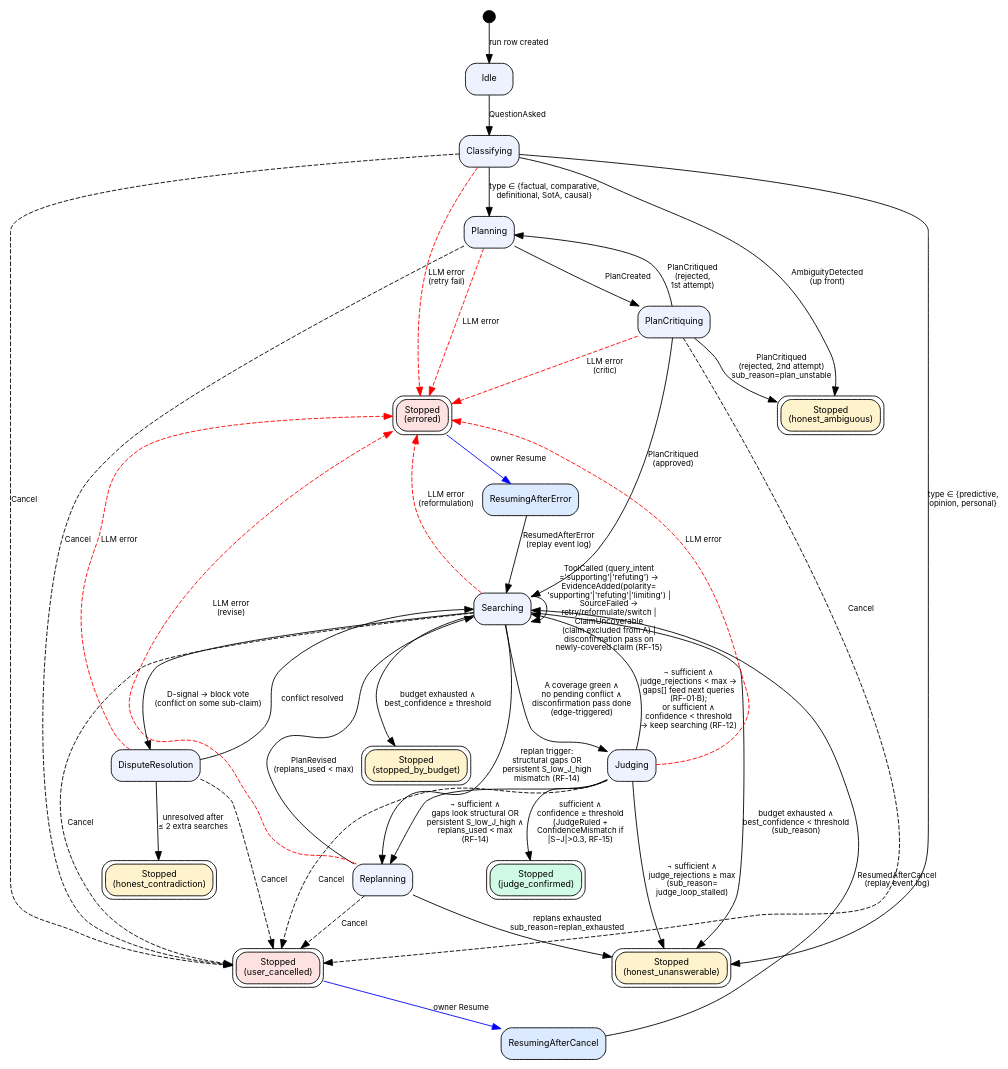
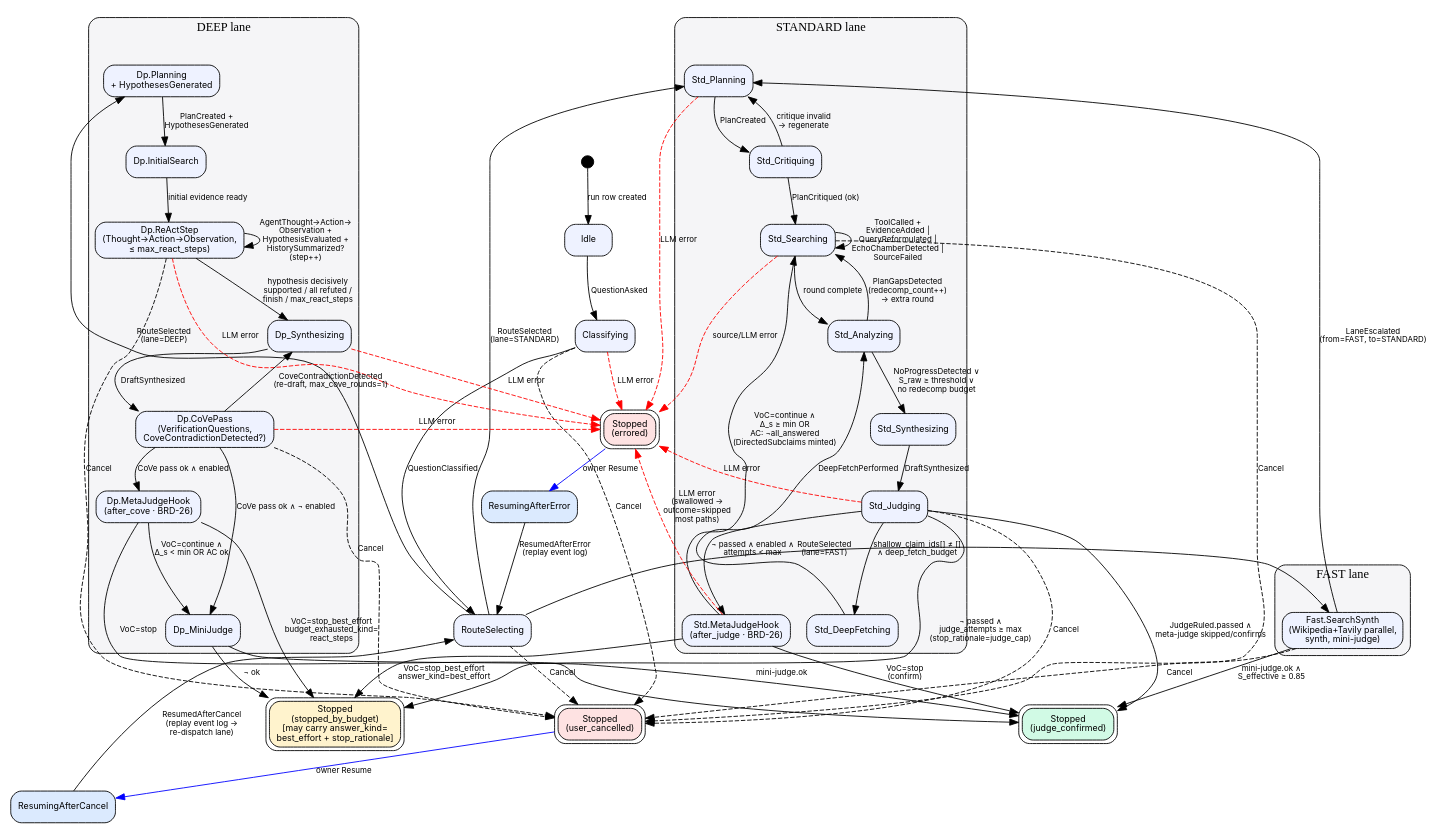
One commit to hgmancholam/novum changed the second of 11 diagrams in docs/understanding-phase/data-flows-and-diagrams.md. Above: the diagram before and after it, drawn with Graphviz. The commit also changed other lines of this file and 15 other files, not shown here.

````diff
--- a/docs/understanding-phase/data-flows-and-diagrams.md
+++ b/docs/understanding-phase/data-flows-and-diagrams.md
@@ -195,28 +220,50 @@
 ```dot
 digraph AgentFSM {
-  rankdir=TB;
+  rankdir=TB; compound=true;
   node [shape=box, style="rounded,filled", fillcolor="#eef2ff", fontname="Inter", fontsize=10];
   edge [fontname="Inter", fontsize=9];
 
   start [shape=circle, label="", width=0.2, style=filled, fillcolor=black];
   Idle;
   Classifying;
-  Planning;
-  PlanCritiquing;
-  Replanning;
-  Searching;
-  DisputeResolution;
-  Judging;
+  RouteSelecting;
 
+  // ---- FAST lane ----
+  subgraph cluster_fast {
+    label="FAST lane"; style="rounded,filled"; fillcolor="#F5F5F7";
+    FastSearchSynth [label="Fast.SearchSynth\n(Wikipedia+Tavily parallel,\nsynth, mini-judge)"];
+  }
+
+  // ---- STANDARD lane ----
+  subgraph cluster_std {
+    label="STANDARD lane"; style="rounded,filled"; fillcolor="#F5F5F7";
+    Std_Planning;
+    Std_Critiquing;
+    Std_Searching;
+    Std_Analyzing;
+    Std_DeepFetching;
+    Std_Synthesizing;
+    Std_Judging;
+    Std_MetaJudge [label="Std.MetaJudgeHook\n(after_judge · BRD-26)"];
+  }
+
+  // ---- DEEP lane ----
+  subgraph cluster_deep {
+    label="DEEP lane"; style="rounded,filled"; fillcolor="#F5F5F7";
+    Dp_Planning [label="Dp.Planning\n+ HypothesesGenerated"];
+    Dp_InitSearch [label="Dp.InitialSearch"];
+    Dp_ReAct [label="Dp.ReActStep\n(Thought→Action→Observation,\n≤ max_react_steps)"];
+    Dp_Synthesizing;
+    Dp_CoVe [label="Dp.CoVePass\n(VerificationQuestions,\nCoveContradictionDetected?)"];
+    Dp_MetaJudge [label="Dp.MetaJudgeHook\n(after_cove · BRD-26)"];
+    Dp_MiniJudge;
+  }
+
+  // ---- Terminals (4 enum values only) ----
   node [peripheries=2, fillcolor="#d1fae5"];
   StoppedJudgeConfirmed [label="Stopped\n(judge_confirmed)"];
-
   node [fillcolor="#fff3cd"];
-  StoppedHonestUnanswerable [label="Stopped\n(honest_unanswerable)"];
-  StoppedHonestAmbiguous    [label="Stopped\n(honest_ambiguous)"];
-  StoppedHonestContradiction[label="Stopped\n(honest_contradiction)"];
-  StoppedByBudget           [label="Stopped\n(stopped_by_budget)"];
-
+  StoppedByBudget [label="Stopped\n(stopped_by_budget)\n[may carry answer_kind=\nbest_effort + stop_rationale]"];
   node [fillcolor="#fee2e2"];
   StoppedUserCancelled [label="Stopped\n(user_cancelled)"];
   StoppedErrored       [label="Stopped\n(errored)"];
@@ -226,57 +273,75 @@
   ResumingAfterError;
   node [fillcolor="#eef2ff"];
 
+  // ---- Entry ----
   start -> Idle [label="run row created"];
   Idle  -> Classifying [label="QuestionAsked"];
+  Classifying -> RouteSelecting [label="QuestionClassified"];
 
-  Classifying -> StoppedHonestUnanswerable [label="type ∈ {predictive,\nopinion, personal}"];
-  Classifying -> StoppedHonestAmbiguous    [label="AmbiguityDetected\n(up front)"];
-  Classifying -> Planning                  [label="type ∈ {factual, comparative,\ndefinitional, SotA, causal}"];
+  RouteSelecting -> FastSearchSynth [label="RouteSelected\n(lane=FAST)"];
+  RouteSelecting -> Std_Planning    [label="RouteSelected\n(lane=STANDARD)"];
+  RouteSelecting -> Dp_Planning     [label="RouteSelected\n(lane=DEEP)"];
 
-  Planning -> PlanCritiquing [label="PlanCreated"];
-  PlanCritiquing -> Searching [label="PlanCritiqued\n(approved)"];
-  PlanCritiquing -> Planning  [label="PlanCritiqued\n(rejected,\n1st attempt)"];
-  PlanCritiquing -> StoppedHonestAmbiguous [label="PlanCritiqued\n(rejected, 2nd attempt)\nsub_reason=plan_unstable"];
+  // ---- FAST flow ----
+  FastSearchSynth -> StoppedJudgeConfirmed [label="mini-judge.ok ∧\nS_effective ≥ 0.85"];
+  FastSearchSynth -> Std_Planning [label="LaneEscalated\n(from=FAST, to=STANDARD)"];
 
-  Searching -> Searching          [label="ToolCalled (query_intent\n='supporting'|'refuting') →\nEvidenceAdded(polarity=\n'supporting'|'refuting'|'limiting') |\nSourceFailed →\nretry/reformulate/switch |\nClaimUncoverable\n(claim excluded from A) |\ndisconfirmation pass on\nnewly-covered claim (RF-15)"];
-  Searching -> Replanning         [label="replan trigger:\nstructural gaps OR\npersistent S_low_J_high\nmismatch (RF-14)"];
-  Replanning -> Searching         [label="PlanRevised\n(replans_used < max)"];
-  Replanning -> StoppedHonestUnanswerable [label="replans exhausted\nsub_reason=replan_exhausted"];
-  Searching -> DisputeResolution  [label="D-signal → block vote\n(conflict on some sub-claim)"];
-  Searching -> Judging            [label="A coverage green ∧\nno pending conflict ∧\ndisconfirmation pass done\n(edge-triggered)"];
-  Searching -> StoppedByBudget    [label="budget exhausted ∧\nbest_confidence ≥ threshold"];
-  Searching -> StoppedHonestUnanswerable [label="budget exhausted ∧\nbest_confidence < threshold\n(sub_reason)"];
+  // ---- STANDARD flow ----
+  Std_Planning    -> Std_Critiquing  [label="PlanCreated"];
+  Std_Critiquing  -> Std_Planning    [label="critique invalid\n→ regenerate"];
+  Std_Critiquing  -> Std_Searching   [label="PlanCritiqued (ok)"];
+  Std_Searching   -> Std_Searching   [label="ToolCalled +\nEvidenceAdded |\nQueryReformulated |\nEchoChamberDetected |\nSourceFailed"];
+  Std_Searching   -> Std_Analyzing   [label="round complete"];
+  Std_Analyzing   -> Std_Searching   [label="PlanGapsDetected\n(redecomp_count++)\n→ extra round"];
+  Std_Analyzing   -> Std_Synthesizing[label="NoProgressDetected ∨\nS_raw ≥ threshold ∨\nno redecomp budget"];
+  Std_Synthesizing-> Std_Judging     [label="DraftSynthesized"];
+  Std_Judging     -> Std_DeepFetching[label="shallow_claim_ids[] ≠ []\n∧ deep_fetch_budget"];
+  Std_DeepFetching-> Std_Analyzing   [label="DeepFetchPerformed"];
+  Std_Judging     -> StoppedJudgeConfirmed [label="JudgeRuled.passed ∧\nmeta-judge skipped/confirms"];
+  Std_Judging     -> Std_MetaJudge   [label="¬ passed ∧ enabled ∧\nattempts < max"];
+  Std_MetaJudge   -> StoppedJudgeConfirmed [label="VoC=stop\n(confirm)"];
+  Std_MetaJudge   -> StoppedByBudget [label="VoC=stop_best_effort\nanswer_kind=best_effort"];
+  Std_MetaJudge   -> Std_Searching   [label="VoC=continue ∧\nΔ_s ≥ min OR\nAC: ¬all_answered\n(DirectedSubclaims minted)"];
+  Std_Judging     -> StoppedByBudget [label="¬ passed ∧\njudge_attempts ≥ max\n(stop_rationale=judge_cap)"];
 
-  DisputeResolution -> Searching                  [label="conflict resolved"];
-  DisputeResolution -> StoppedHonestContradiction [label="unresolved after\n≤ 2 extra searches"];
+  // ---- DEEP flow ----
+  Dp_Planning     -> Dp_InitSearch   [label="PlanCreated +\nHypothesesGenerated"];
+  Dp_InitSearch   -> Dp_ReAct        [label="initial evidence ready"];
+  Dp_ReAct        -> Dp_ReAct        [label="AgentThought→Action→\nObservation +\nHypothesisEvaluated +\nHistorySummarized?\n(step++)"];
+  Dp_ReAct        -> Dp_Synthesizing [label="hypothesis decisively\nsupported / all refuted /\nfinish / max_react_steps"];
+  Dp_Synthesizing -> Dp_CoVe         [label="DraftSynthesized"];
+  Dp_CoVe         -> Dp_Synthesizing [label="CoveContradictionDetected\n(re-draft, max_cove_rounds=1)"];
+  Dp_CoVe         -> Dp_MetaJudge    [label="CoVe pass ok ∧ enabled"];
+  Dp_CoVe         -> Dp_MiniJudge    [label="CoVe pass ok ∧ ¬ enabled"];
+  Dp_MetaJudge    -> StoppedJudgeConfirmed [label="VoC=stop"];
+  Dp_MetaJudge    -> StoppedByBudget [label="VoC=stop_best_effort\nbudget_exhausted_kind=\nreact_steps"];
+  Dp_MetaJudge    -> Dp_MiniJudge    [label="VoC=continue ∧\nΔ_s < min OR AC ok"];
+  Dp_MiniJudge    -> StoppedJudgeConfirmed [label="mini-judge.ok"];
+  Dp_MiniJudge    -> StoppedByBudget [label="¬ ok"];
 
-  Judging -> StoppedJudgeConfirmed [label="sufficient ∧\nconfidence ≥ threshold\n(JudgeRuled +\nConfidenceMismatch if\n|S−J|>0.3, RF-15)"];
-  Judging -> Replanning            [label="¬ sufficient ∧\ngaps look structural OR\npersistent S_low_J_high ∧\nreplans_used < max\n(RF-14)"];
-  Judging -> Searching             [label="¬ sufficient ∧\njudge_rejections < max →\ngaps[] feed next queries\n(RF-01·B);\nor sufficient ∧\nconfidence < threshold\n→ keep searching (RF-12)"];
-  Judging -> StoppedHonestUnanswerable [label="¬ sufficient ∧\njudge_rejections ≥ max\n(sub_reason=\njudge_loop_stalled)"];
+  // ---- Cancel from any active state ----
+  Classifying     -> StoppedUserCancelled [label="Cancel", style=dashed];
+  RouteSelecting  -> StoppedUserCancelled [label="Cancel", style=dashed];
+  FastSearchSynth -> StoppedUserCancelled [label="Cancel", style=dashed];
+  Std_Searching   -> StoppedUserCancelled [label="Cancel", style=dashed];
+  Std_Judging     -> StoppedUserCancelled [label="Cancel", style=dashed];
+  Dp_ReAct        -> StoppedUserCancelled [label="Cancel", style=dashed];
+  Dp_CoVe         -> StoppedUserCancelled [label="Cancel", style=dashed];
 
-  // Cancel from any active state
-  Classifying       -> StoppedUserCancelled [label="Cancel", style=dashed];
-  Planning          -> StoppedUserCancelled [label="Cancel", style=dashed];
-  PlanCritiquing    -> StoppedUserCancelled [label="Cancel", style=dashed];
-  Replanning        -> StoppedUserCancelled [label="Cancel", style=dashed];
-  Searching         -> StoppedUserCancelled [label="Cancel", style=dashed];
-  DisputeResolution -> StoppedUserCancelled [label="Cancel", style=dashed];
-  Judging           -> StoppedUserCancelled [label="Cancel", style=dashed];
+  // ---- Errored (LLM/source after tenacity retry) ----
+  Classifying     -> StoppedErrored [label="LLM error", style=dashed, color=red];
+  Std_Planning    -> StoppedErrored [label="LLM error", style=dashed, color=red];
+  Std_Searching   -> StoppedErrored [label="source/LLM error", style=dashed, color=red];
+  Std_Judging     -> StoppedErrored [label="LLM error", style=dashed, color=red];
+  Std_MetaJudge   -> StoppedErrored [label="LLM error\n(swallowed →\noutcome=skipped\nmost paths)", style=dashed, color=red];
+  Dp_ReAct        -> StoppedErrored [label="LLM error", style=dashed, color=red];
+  Dp_Synthesizing -> StoppedErrored [label="LLM error", style=dashed, color=red];
+  Dp_CoVe         -> StoppedErrored [label="LLM error", style=dashed, color=red];
 
-  // Provider error from any LLM-calling state
-  Classifying       -> StoppedErrored [label="LLM error\n(retry fail)", style=dashed, color=red];
-  Planning          -> StoppedErrored [label="LLM error",            style=dashed, color=red];
-  PlanCritiquing    -> StoppedErrored [label="LLM error\n(critic)",  style=dashed, color=red];
-  Replanning        -> StoppedErrored [label="LLM error\n(revise)",  style=dashed, color=red];
-  Searching         -> StoppedErrored [label="LLM error\n(reformulation)", style=dashed, color=red];
-  DisputeResolution -> StoppedErrored [label="LLM error",            style=dashed, color=red];
-  Judging           -> StoppedErrored [label="LLM error",            style=dashed, color=red];
-
-  // Resume
+  // ---- Resume ----
   StoppedUserCancelled -> ResumingAfterCancel [label="owner Resume", color=blue];
   StoppedErrored       -> ResumingAfterError  [label="owner Resume", color=blue];
-  ResumingAfterCancel  -> Searching           [label="ResumedAfterCancel\n(replay event log)"];
-  ResumingAfterError   -> Searching           [label="ResumedAfterError\n(replay event log)"];
+  ResumingAfterCancel  -> RouteSelecting      [label="ResumedAfterCancel\n(replay event log →\nre-dispatch lane)"];
+  ResumingAfterError   -> RouteSelecting      [label="ResumedAfterError\n(replay event log)"];
 }
 ```
````
